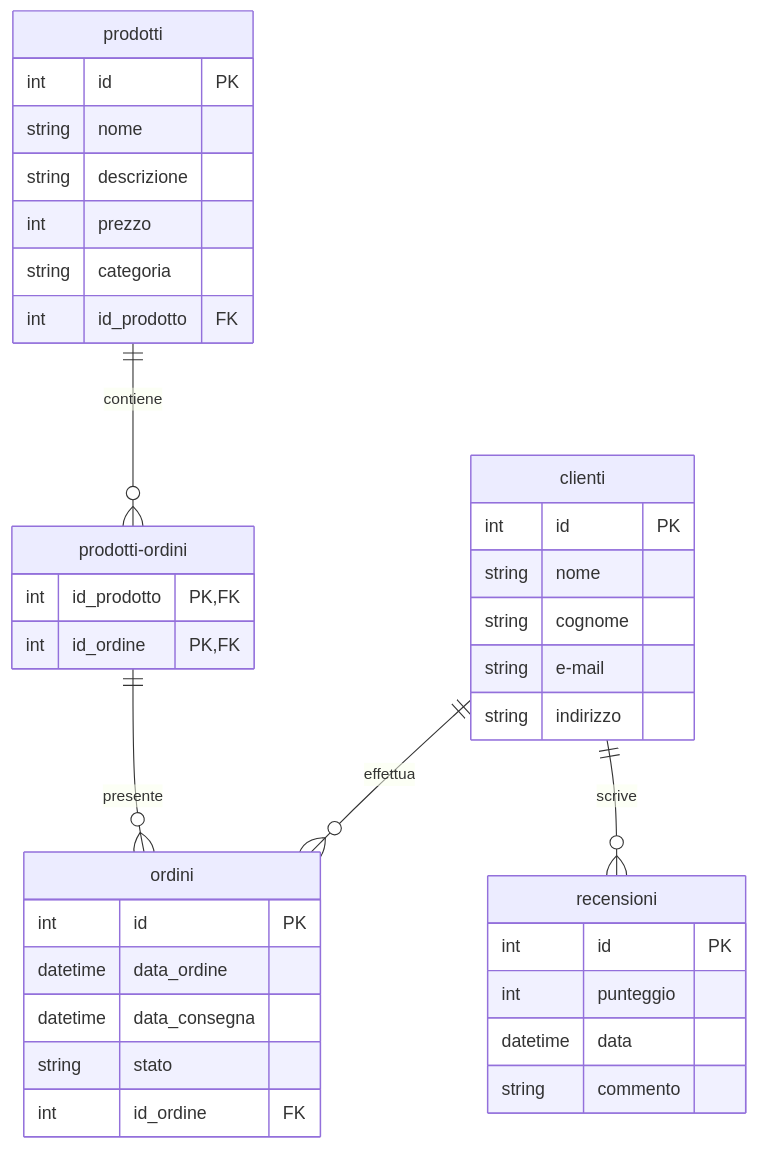
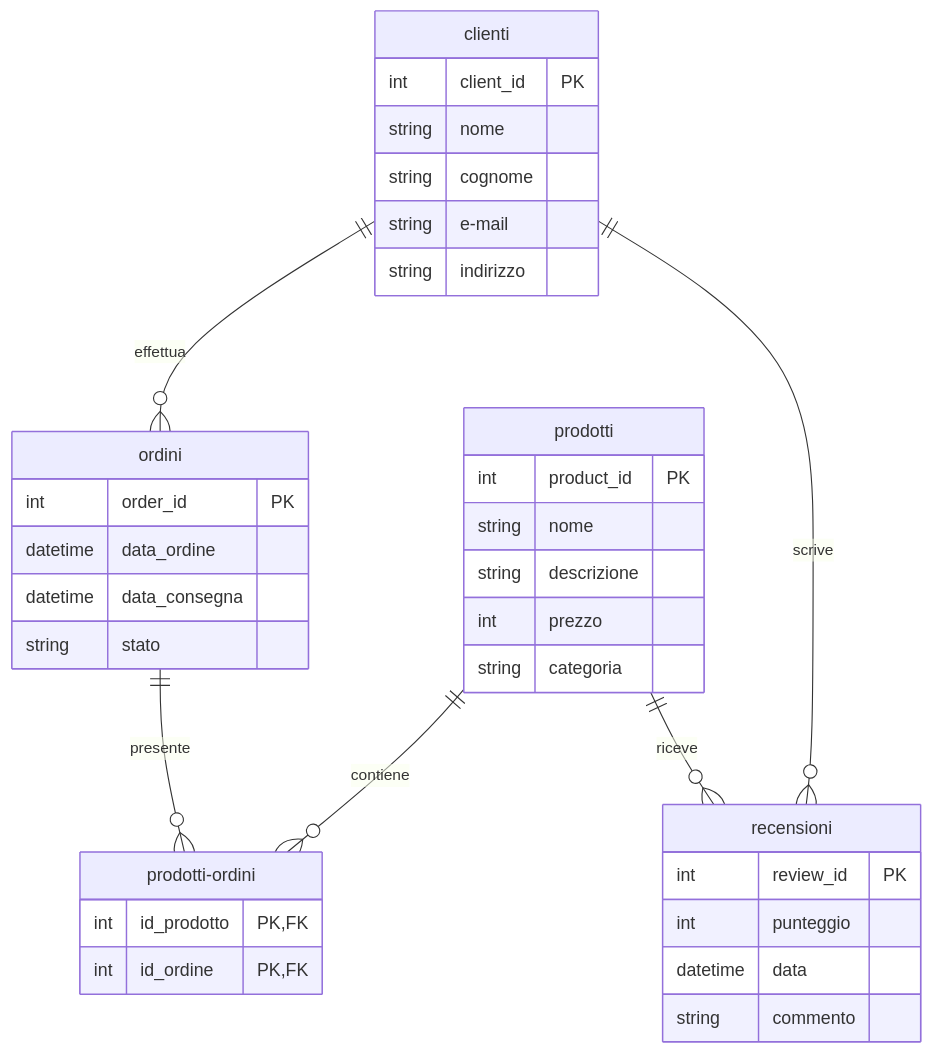
Before and after one commit to AlexanderBaffert/Informatica-5M: the second of 2 diagrams in mermaid/baffert_es05.md, drawn with Mermaid. The commit also changed other lines of this file and 8 other files, not shown here.

```diff
--- a/mermaid/baffert_es05.md
+++ b/mermaid/baffert_es05.md
@@ -42,46 +44,45 @@
 ::: mermaid
 erDiagram
 
     clienti ||--o{ ordini : effettua
     prodotti ||--o{ prodotti-ordini :contiene
-    prodotti-ordini ||--o{ ordini: presente
+    ordini ||--o{ prodotti-ordini : presente
     clienti ||--o{ recensioni: scrive
+    prodotti ||--o{ recensioni: riceve
 
     prodotti {
-        int id PK
+        int product_id PK
         string nome
         string descrizione
         int prezzo
         string categoria
-        int id_prodotto FK
     }
 
     clienti {
-        int id PK
+        int client_id PK
         string nome
         string cognome
         string e-mail
         string indirizzo
     }
 
     ordini {
-        int id PK
+        int order_id PK
         datetime data_ordine
         datetime data_consegna
         string stato    
-        int id_ordine FK
     }
 
     recensioni {
-        int id PK
+        int review_id PK
         int punteggio
         datetime data
         string commento
     }
 
     prodotti-ordini{
         int id_prodotto PK,FK
         int id_ordine PK,FK
     }
     
 :::
```
